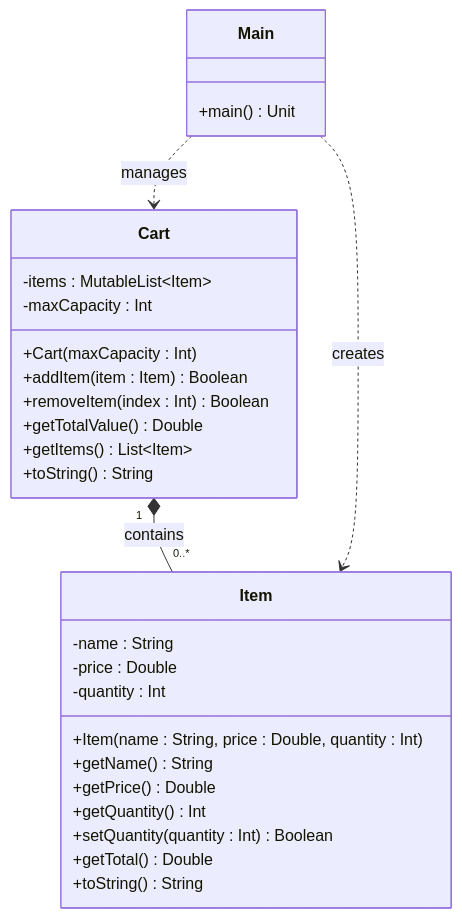
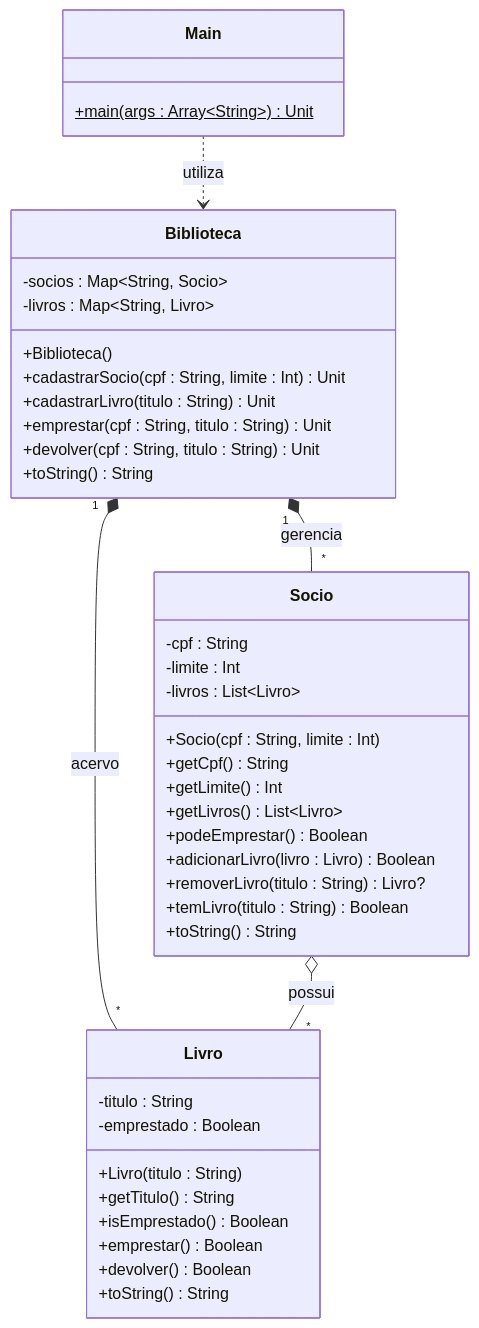
The diagram in output/Questão-05/README.md (marquinvitor/Forja), drawn with Mermaid before and after one commit. The commit also changed other lines of this file and 23 other files, not shown here.

````diff
--- a/output/Questão-05/README.md
+++ b/output/Questão-05/README.md
@@ -44,37 +79,51 @@
 ```mermaid
 %%{init: { "fontFamily": "monospace" } }%%
 classDiagram
     direction TB
 
-    class Item {
-        -name : String
-        -price : Double
-        -quantity : Int
-        +Item(name : String, price : Double, quantity : Int)
-        +getName() String
-        +getPrice() Double
-        +getQuantity() Int
-        +setQuantity(quantity : Int) Boolean
-        +getTotal() Double
+    class Livro {
+        -titulo : String
+        -emprestado : Boolean
+        +Livro(titulo : String)
+        +getTitulo() String
+        +isEmprestado() Boolean
+        +emprestar() Boolean
+        +devolver() Boolean
         +toString() String
     }
 
-    class Cart {
-        -items : MutableList~Item~
-        -maxCapacity : Int
-        +Cart(maxCapacity : Int)
-        +addItem(item : Item) Boolean
-        +removeItem(index : Int) Boolean
-        +getTotalValue() Double
-        +getItems() List~Item~
+    class Socio {
+        -cpf : String
+        -limite : Int
+        -livros : List~Livro~
+        +Socio(cpf : String, limite : Int)
+        +getCpf() String
+        +getLimite() Int
+        +getLivros() List~Livro~
+        +podeEmprestar() Boolean
+        +adicionarLivro(livro : Livro) Boolean
+        +removerLivro(titulo : String) Livro?
+        +temLivro(titulo : String) Boolean
+        +toString() String
+    }
+
+    class Biblioteca {
+        -socios : Map~String, Socio~
+        -livros : Map~String, Livro~
+        +Biblioteca()
+        +cadastrarSocio(cpf : String, limite : Int) Unit
+        +cadastrarLivro(titulo : String) Unit
+        +emprestar(cpf : String, titulo : String) Unit
+        +devolver(cpf : String, titulo : String) Unit
         +toString() String
     }
 
     class Main {
-        +main() Unit
+        +main(args : Array~String~) Unit$
     }
 
-    Cart "1" *-- "0..*" Item : contains
-    Main ..> Cart : manages
-    Main ..> Item : creates
+    Biblioteca "1" *-- "*" Socio : gerencia
+    Biblioteca "1" *-- "*" Livro : acervo
+    Socio o-- "*" Livro : possui
+    Main ..> Biblioteca : utiliza
 ```
````
